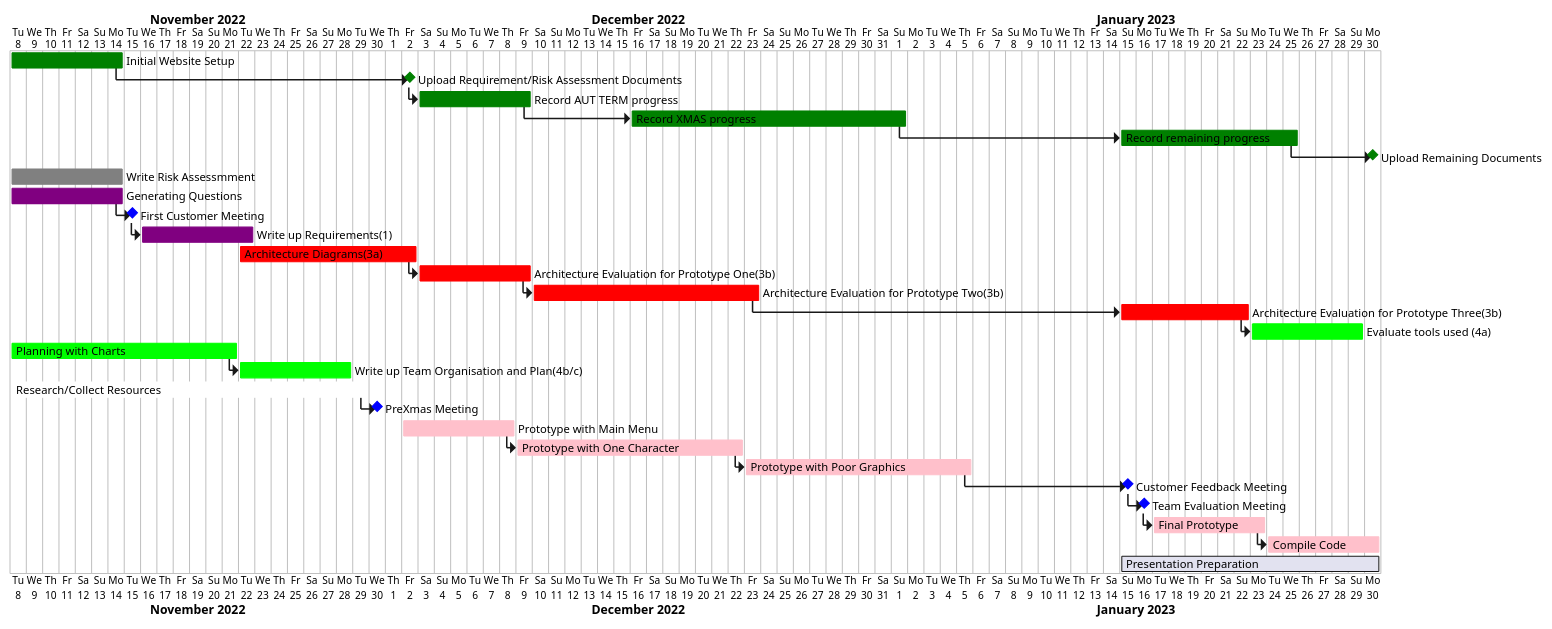
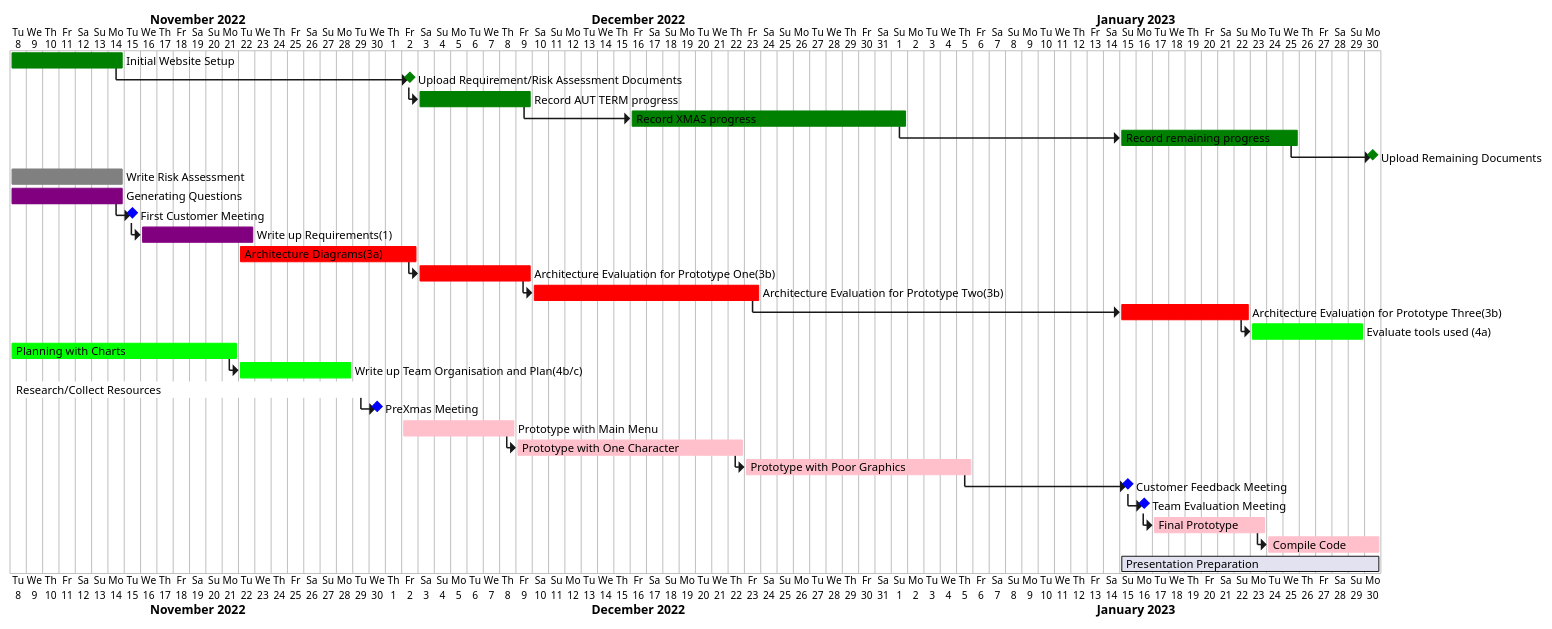
One commit to ENG1-Group-2/ENG1-Group-2.github.io---archive changed the diagram in Gantt Charts/initial.puml. Above: the diagram before and after it, drawn with PlantUML.

Commit message:
Some minor typos.

```diff
--- a/Gantt Charts/initial.puml
+++ b/Gantt Charts/initial.puml
@@ -1,32 +1,32 @@
 @startgantt
 Project starts 2022-11-08
 
 [Initial Website Setup] lasts 7 days and is coloured in green
 then [Upload Requirement/Risk Assessment Documents] happens 2022-12-02 and is coloured in green
-then [Record AUT TERM progress] lasts 7 days and is coloured in green
+then [Record AUT TERM progress]  lasts 7 days and is coloured in green
 then [Record XMAS progress] starts 2022-12-16 and ends 2023-01-01 and is coloured in green
 then [Record remaining progress] starts 2023-01-15 and ends 2023-01-25  and is coloured in green
 then [Upload Remaining Documents] happens 2023-01-30 and is coloured in green
-[Write Risk Assessmment] lasts 7 days and is coloured in grey
+[Write Risk Assessment] lasts 7 days and is coloured in grey
 [Generating Questions] lasts 7 days and is coloured in purple
 then [First Customer Meeting] happens at 2022-11-15 and is coloured in blue
 then [Write up Requirements(1)] lasts 7 days and is coloured in purple
 [Architecture Diagrams(3a)] starts 2022-11-22 and ends 2022-12-02 and is coloured in red
 then [Architecture Evaluation for Prototype One(3b)] lasts 7 days and is coloured in red
 then [Architecture Evaluation for Prototype Two(3b)] lasts 14 days and is coloured in red
 then [Architecture Evaluation for Prototype Three(3b)] lasts 14 days and is coloured in red
 then [Architecture Evaluation for Prototype Three(3b)] starts 2023-01-15 and ends 2023-01-22 and is coloured in red
 then [Evaluate tools used (4a)] lasts 7 days and is coloured in lime
 [Planning with Charts] lasts 14 days and is coloured in lime
 then [Write up Team Organisation and Plan(4b/c)] lasts 7 days and is coloured in lime
 [Research/Collect Resources] starts 2022-11-08 and ends 2022-11-29 and is coloured in white
 then [PreXmas Meeting] happens 2022-11-29 and is coloured in blue
 [Prototype with Main Menu] starts 2022-12-02 and lasts 7 days and is coloured in pink
 then [Prototype with One Character] lasts 14 days and is coloured in pink
 then [Prototype with Poor Graphics] lasts 14 days and is coloured in pink
 then [Customer Feedback Meeting] happens 2023-01-15 and is coloured in blue
 then [Team Evaluation Meeting] happens 2023-01-15 and is coloured in blue
 then [Final Prototype] lasts 7 days and is coloured in pink
 then [Compile Code] lasts 7 days and is coloured in pink
 [Presentation Preparation] starts 2023-01-15 and ends 2023-01-30
 @endgantt
```
